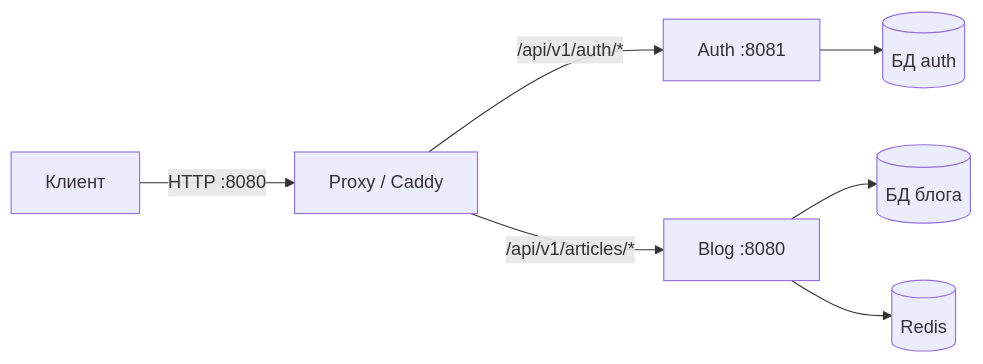
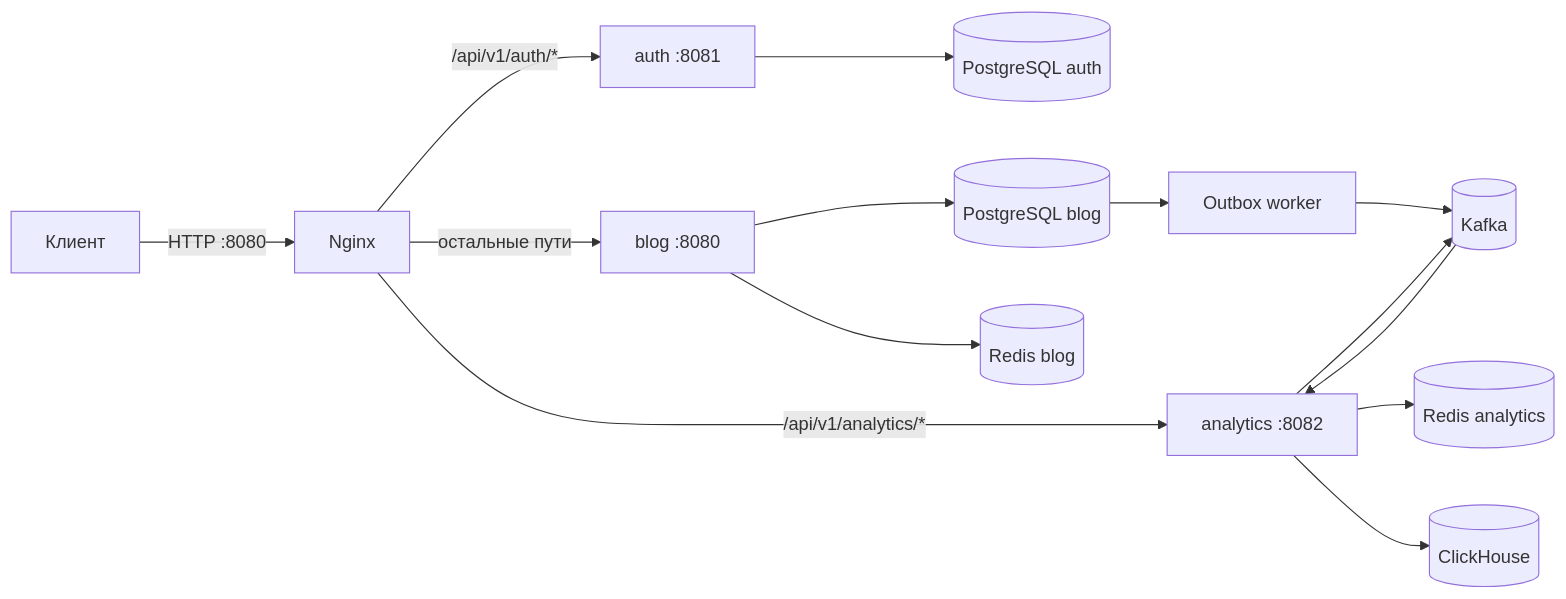
Before and after one commit to lya122221/Blog-Backend: the diagram in README.md, drawn with Mermaid. The commit also changed other lines of this file and 3 other files, not shown here.

Commit message:
chore: replace Caddy with Nginx and refresh README

````diff
--- a/README.md
+++ b/README.md
@@ -78,9 +44,16 @@
 ```mermaid
 flowchart LR
-    Client[Клиент] -->|HTTP :8080| Proxy[Proxy / Caddy]
-    Proxy -->|/api/v1/auth/*| Auth[Auth :8081]
-    Proxy -->|/api/v1/articles/*| Blog[Blog :8080]
-    Auth --> AuthDB[(БД auth)]
-    Blog --> BlogDB[(БД блога)]
-    Blog --> Redis[(Redis)]
+    Client[Клиент] -->|HTTP :8080| Nginx[Nginx]
+    Nginx -->|/api/v1/auth/*| Auth[auth :8081]
+    Nginx -->|/api/v1/analytics/*| Analytics[analytics :8082]
+    Nginx -->|остальные пути| Blog[blog :8080]
+    Auth --> AuthDB[(PostgreSQL auth)]
+    Blog --> BlogDB[(PostgreSQL blog)]
+    Blog --> BlogRedis[(Redis blog)]
+    BlogDB --> Outbox[Outbox worker]
+    Outbox --> Kafka[(Kafka)]
+    Analytics --> Kafka
+    Kafka --> Analytics
+    Analytics --> AnalyticsRedis[(Redis analytics)]
+    Analytics --> ClickHouse[(ClickHouse)]
 ```
````
